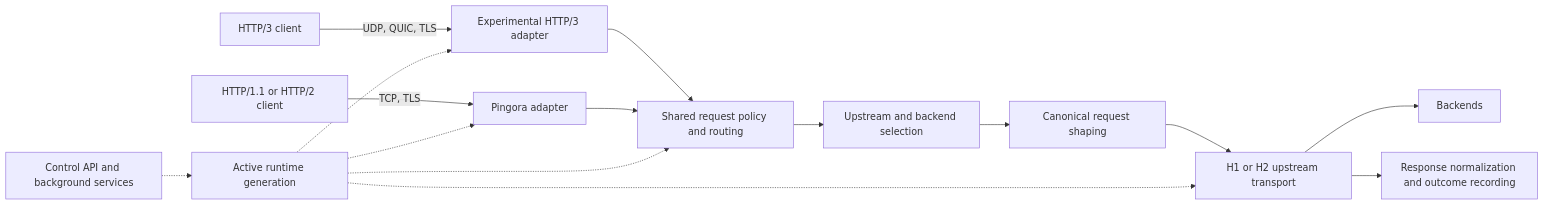
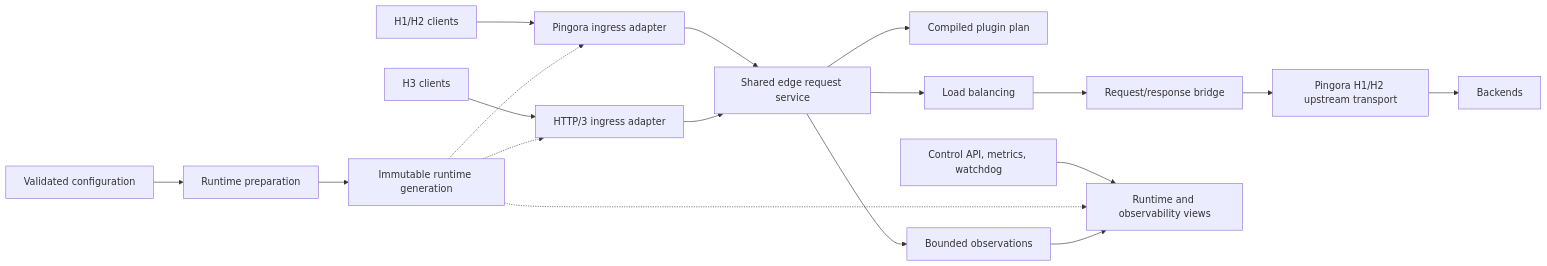
One commit to impulse-proxy/docs changed the diagram in docs/architecture/overview.md. Above: the diagram before and after it, drawn with Mermaid. The commit also changed other lines of this file and 4 other files, not shown here.

Commit message:
docs: document current runtime architecture

````diff
--- a/docs/architecture/overview.md
+++ b/docs/architecture/overview.md
@@ -20,19 +10,23 @@
 ```mermaid
 flowchart LR
-    h3["HTTP/3 client"] -->|"UDP, QUIC, TLS"| h3ingress["Experimental HTTP/3 adapter"]
-    compat["HTTP/1.1 or HTTP/2 client"] -->|"TCP, TLS"| pingora["Pingora adapter"]
+    config["Validated configuration"] --> prepare["Runtime preparation"]
+    prepare --> generation["Immutable runtime generation"]
 
-    h3ingress --> pipeline["Shared request policy and routing"]
-    pingora --> pipeline
-    pipeline --> selection["Upstream and backend selection"]
-    selection --> bridge["Canonical request shaping"]
-    bridge --> transport["H1 or H2 upstream transport"]
+    h12["H1/H2 clients"] --> pingora["Pingora ingress adapter"]
+    h3["H3 clients"] --> http3["HTTP/3 ingress adapter"]
+    generation -.-> pingora
+    generation -.-> http3
+
+    pingora --> edge["Shared edge request service"]
+    http3 --> edge
+    edge --> plugins["Compiled plugin plan"]
+    edge --> lb["Load balancing"]
+    lb --> bridge["Request/response bridge"]
+    bridge --> transport["Pingora H1/H2 upstream transport"]
     transport --> backends["Backends"]
-    transport --> response["Response normalization and outcome recording"]
 
-    control["Control API and background services"] -.-> runtime["Active runtime generation"]
-    runtime -.-> h3ingress
-    runtime -.-> pingora
-    runtime -.-> pipeline
-    runtime -.-> transport
+    operations["Control API, metrics, watchdog"] --> views["Runtime and observability views"]
+    generation -.-> views
+    edge --> observations["Bounded observations"]
+    observations --> views
 ```
````
